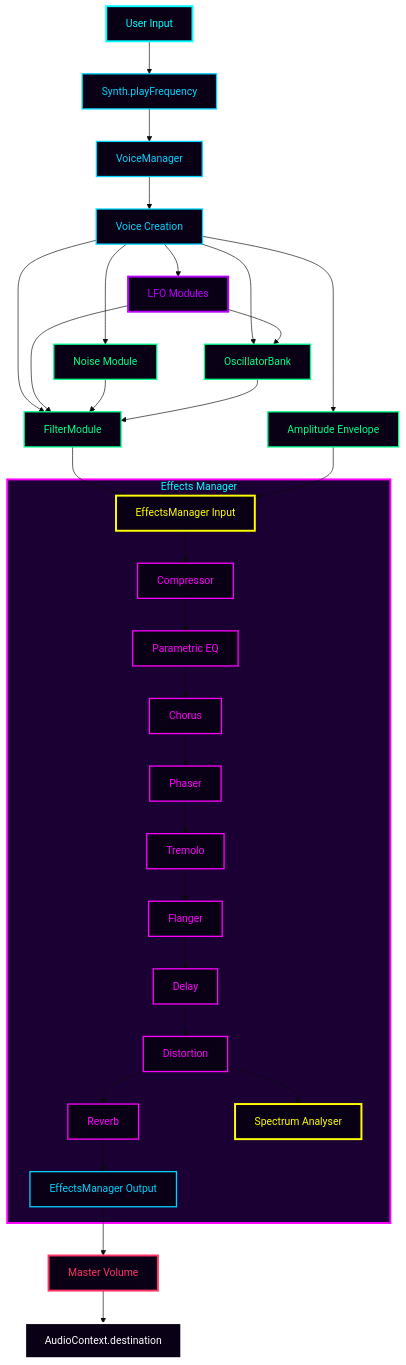
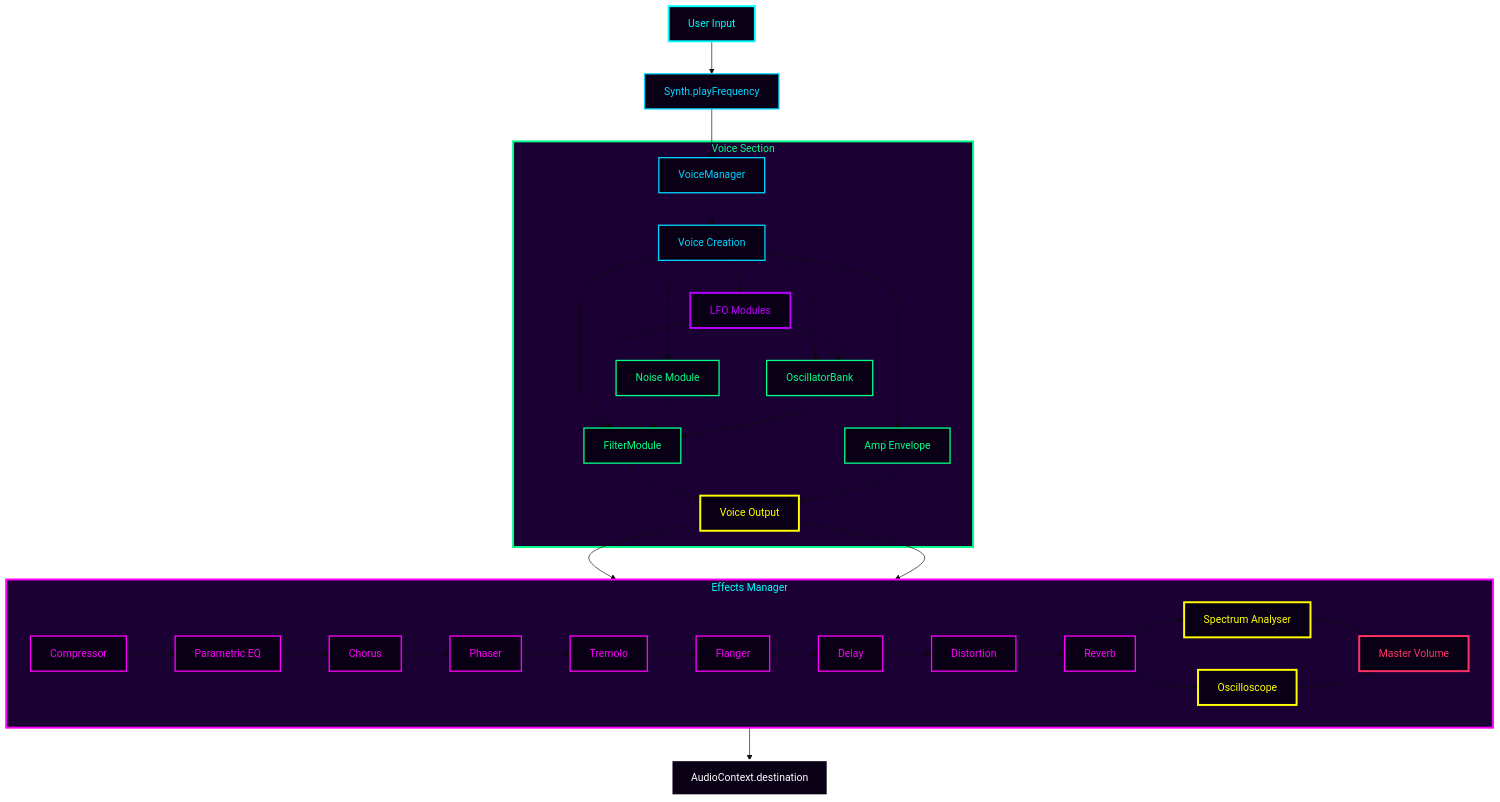
One commit to Macavitymadcap/web-synth changed the diagram in docs/architecture.md. Above: the diagram before and after it, drawn with Mermaid (base theme). The commit also changed other lines of this file and 1 other file, not shown here.

Commit message:
docs: updated signal flow diagram and readme

````diff
--- a/docs/architecture.md
+++ b/docs/architecture.md
@@ -821,62 +821,70 @@
 ```mermaid
 graph TD
   A[User Input] --> B[Synth.playFrequency]
   B --> C[VoiceManager]
-  
-  C --> D[Voice Creation]
-  D --> E[OscillatorBank]
-  D --> F[FilterModule]
-  D --> G[Amplitude Envelope]
-  D --> H[LFO Modules]
-  D --> I[Noise Module]
-  
-  H --> F
-  H --> E
-  I --> F
-  E --> F
-  F --> J[EffectsManager Input]
-  G --> J
-  
+
+  %% Voice Section
+  subgraph VS["Voice Section"]
+    C --> D[Voice Creation]
+    D --> E[OscillatorBank]
+    D --> F[FilterModule]
+    D --> G[Amp Envelope]
+    D --> H[LFO Modules]
+    D --> I[Noise Module]
+    H --> F
+    H --> E
+    I --> F
+    E --> F
+    F --> J[Voice Output]
+    G --> J
+  end
+
+  %% Effects Chain
+  J --> EM
+
   subgraph EM["Effects Manager"]
+    direction LR
     J --> K[Compressor]
     K --> L[Parametric EQ]
     L --> M[Chorus]
     M --> N[Phaser]
     N --> O[Tremolo]
     O --> P[Flanger]
     P --> Q[Delay]
     Q --> R[Distortion]
     R --> S[Reverb]
-    R --> T[Spectrum Analyser]
-    S --> U[EffectsManager Output]
+    S --> T1[Spectrum Analyser]
+    S --> T2[Oscilloscope]
+    T1 --> U[Master Volume]
+    T2 --> U
   end
-  
-  U --> V[Master Volume]
-  V --> W[AudioContext.destination]
-  
+
+  U --> V[AudioContext.destination]
+
   %% Node styles
   style A fill:#0a0015,stroke:#00ffff,stroke-width:3px,color:#00ffff
   style B fill:#0a0015,stroke:#00d4ff,stroke-width:2px,color:#00d4ff
   style C fill:#0a0015,stroke:#00d4ff,stroke-width:2px,color:#00d4ff
+  style VS fill:#1a0033,stroke:#00ff88,stroke-width:3px,color:#00ff88
   style D fill:#0a0015,stroke:#00d4ff,stroke-width:2px,color:#00d4ff
   style E fill:#0a0015,stroke:#00ff88,stroke-width:2px,color:#00ff88
   style F fill:#0a0015,stroke:#00ff88,stroke-width:2px,color:#00ff88
   style G fill:#0a0015,stroke:#00ff88,stroke-width:2px,color:#00ff88
   style H fill:#0a0015,stroke:#b800ff,stroke-width:3px,color:#b800ff
   style I fill:#0a0015,stroke:#00ff88,stroke-width:2px,color:#00ff88
   style J fill:#0a0015,stroke:#ffff00,stroke-width:3px,color:#ffff00
+  style EM fill:#1a0033,stroke:#ff00ff,stroke-width:3px,color:#00ffff
   style K fill:#0a0015,stroke:#ff00ff,stroke-width:2px,color:#ff00ff
   style L fill:#0a0015,stroke:#ff00ff,stroke-width:2px,color:#ff00ff
   style M fill:#0a0015,stroke:#ff00ff,stroke-width:2px,color:#ff00ff
   style N fill:#0a0015,stroke:#ff00ff,stroke-width:2px,color:#ff00ff
   style O fill:#0a0015,stroke:#ff00ff,stroke-width:2px,color:#ff00ff
   style P fill:#0a0015,stroke:#ff00ff,stroke-width:2px,color:#ff00ff
   style Q fill:#0a0015,stroke:#ff00ff,stroke-width:2px,color:#ff00ff
   style R fill:#0a0015,stroke:#ff00ff,stroke-width:2px,color:#ff00ff
   style S fill:#0a0015,stroke:#ff00ff,stroke-width:2px,color:#ff00ff
-  style T fill:#0a0015,stroke:#ffff00,stroke-width:3px,color:#ffff00
-  style U fill:#0a0015,stroke:#00d4ff,stroke-width:2px,color:#00d4ff
-  style V fill:#0a0015,stroke:#ff3366,stroke-width:3px,color:#ff3366
-  style W fill:#0a0015,stroke:#ffffff,stroke-width:3px,color:#ffffff
-  style EM fill:#1a0033,stroke:#ff00ff,stroke-width:3px,color:#00ffff
+  style T1 fill:#0a0015,stroke:#ffff00,stroke-width:3px,color:#ffff00
+  style T2 fill:#0a0015,stroke:#ffff00,stroke-width:3px,color:#ffff00
+  style U fill:#0a0015,stroke:#ff3366,stroke-width:3px,color:#ff3366
+  style V fill:#0a0015,stroke:#ffffff,stroke-width:3px,color:#ffffff
 ```
````
